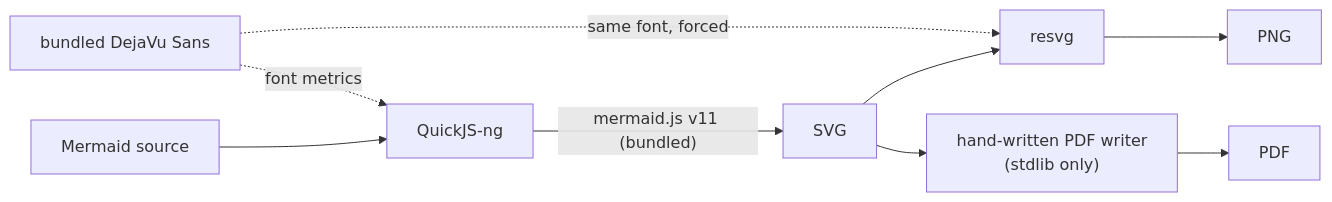
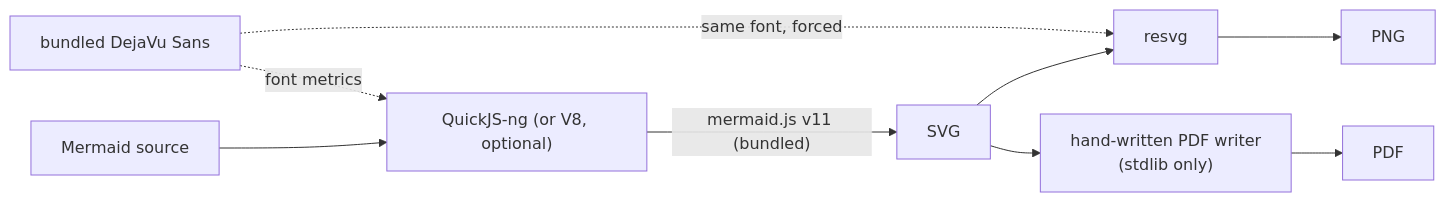
The diagram in README.md (MohammadRaziei/mermaidx), drawn with Mermaid before and after one commit. The commit also changed other lines of this file and 15 other files, not shown here.

````diff
--- a/README.md
+++ b/README.md
@@ -90,12 +91,12 @@
 ```mermaid
 flowchart LR
-    A[Mermaid source] --> B[QuickJS-ng]
+    A[Mermaid source] --> B["QuickJS-ng (or V8, optional)"]
     B -->|"mermaid.js v11 (bundled)"| C[SVG]
     C --> D[resvg]
     D --> E[PNG]
     C --> F["hand-written PDF writer<br/>(stdlib only)"]
     F --> G[PDF]
 
     H[bundled DejaVu Sans] -.font metrics.-> B
     H -.same font, forced.-> D
 ```
````
